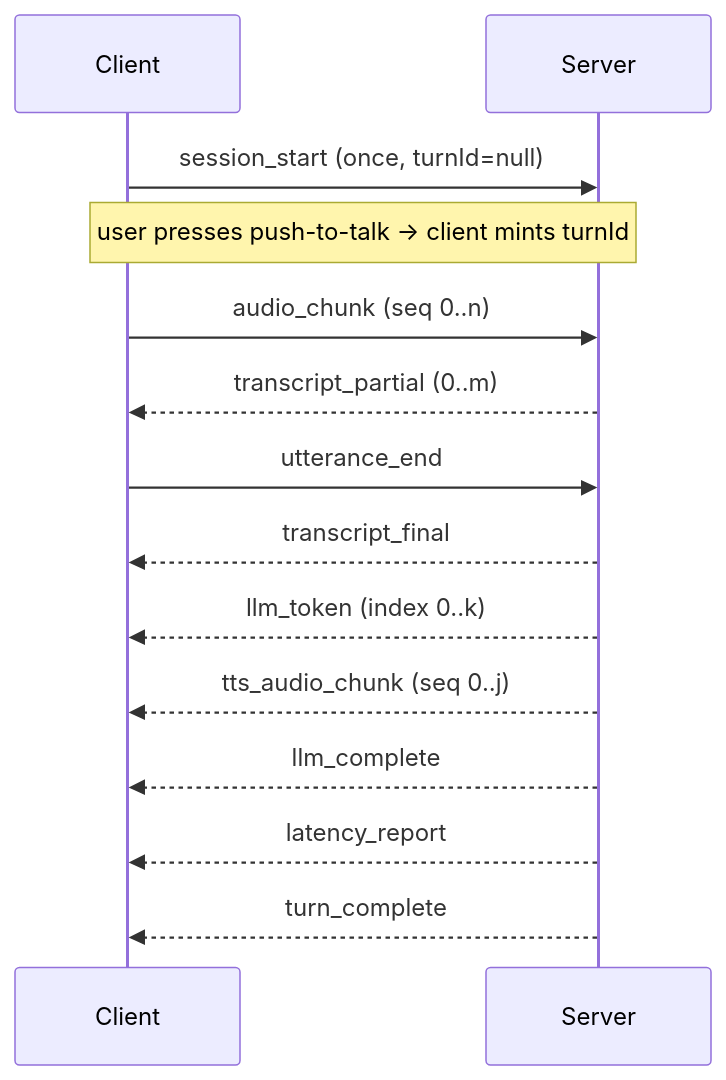
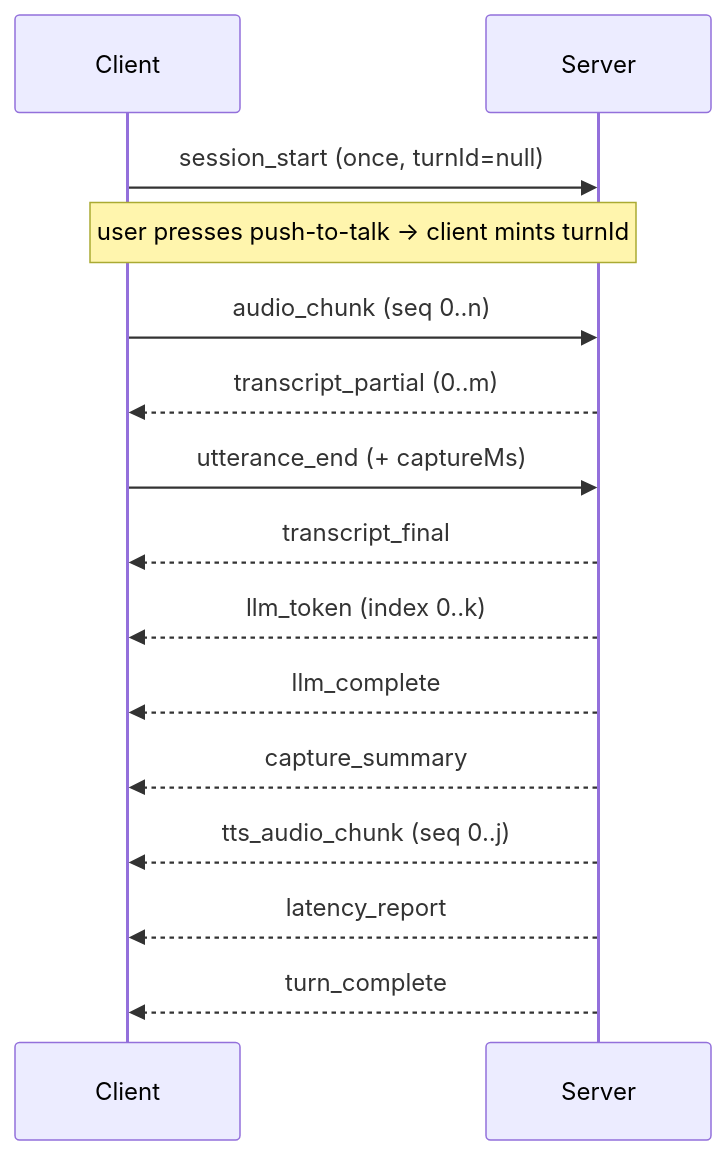
Before and after one commit to vectorvoyager358/voxwire: the diagram in docs/event-protocol.md, drawn with Mermaid. The commit also changed other lines of this file and 21 other files, not shown here.

````diff
--- a/docs/event-protocol.md
+++ b/docs/event-protocol.md
@@ -319,17 +465,18 @@
 ```mermaid
 sequenceDiagram
   participant C as Client
   participant S as Server
 
   C->>S: session_start (once, turnId=null)
   Note over C,S: user presses push-to-talk -> client mints turnId
   C->>S: audio_chunk (seq 0..n)
   S-->>C: transcript_partial (0..m)
-  C->>S: utterance_end
+  C->>S: utterance_end (+ captureMs)
   S-->>C: transcript_final
   S-->>C: llm_token (index 0..k)
+  S-->>C: llm_complete
+  S-->>C: capture_summary
   S-->>C: tts_audio_chunk (seq 0..j)
-  S-->>C: llm_complete
   S-->>C: latency_report
   S-->>C: turn_complete
 ```
````
